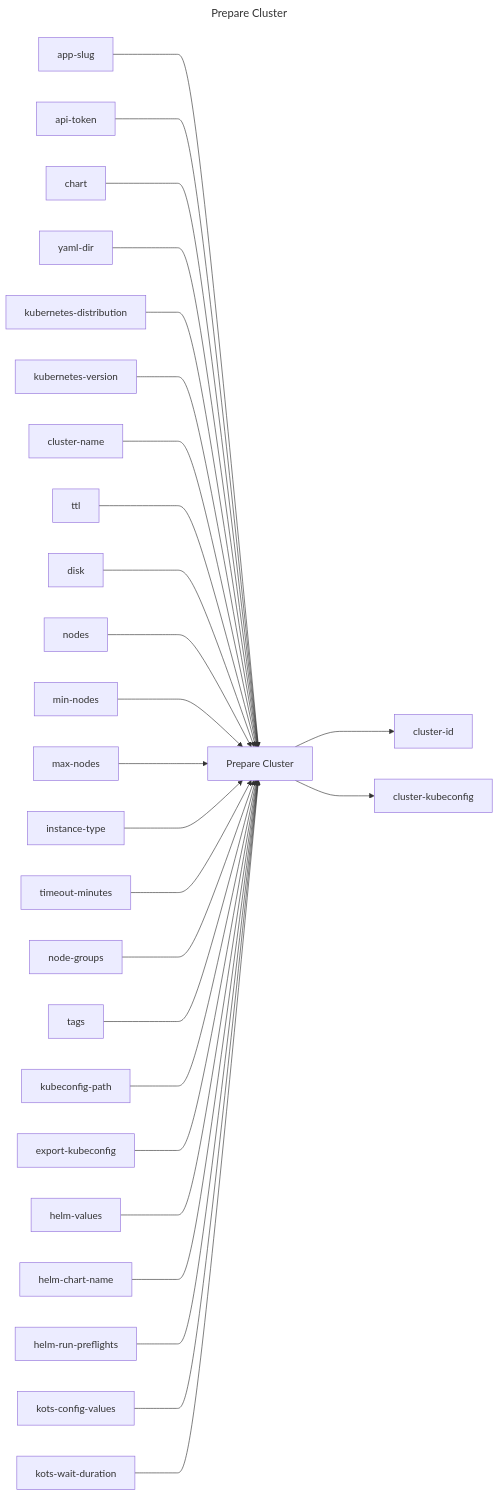
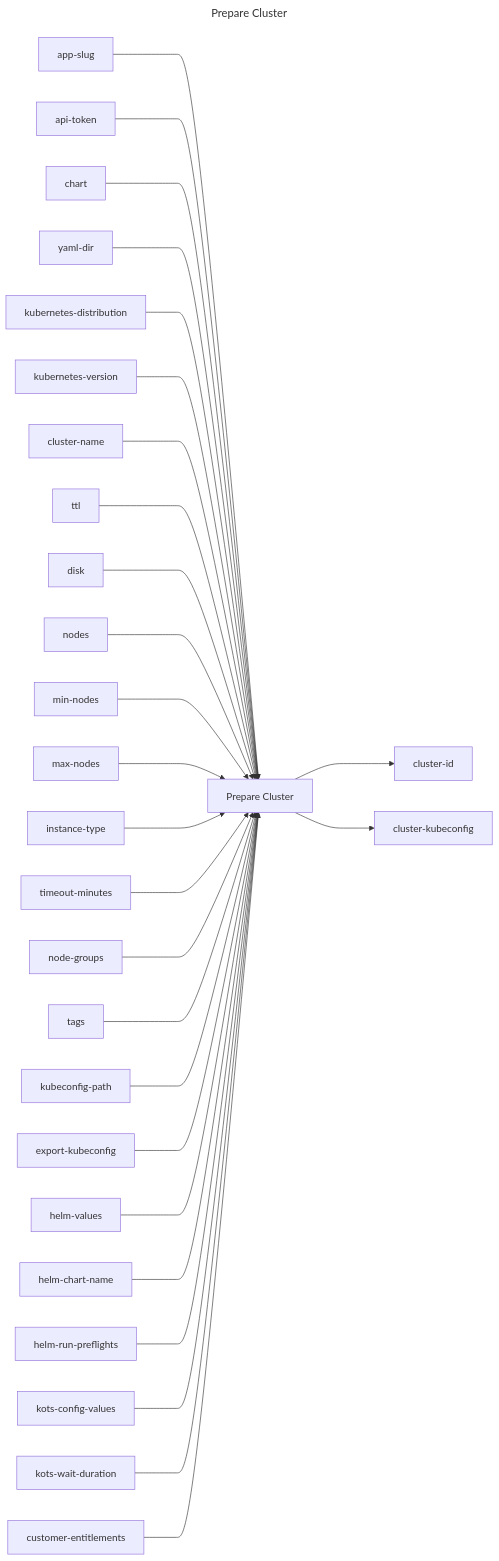
Before and after one commit to replicatedhq/replicated-actions: the diagram in prepare-cluster/README.md, drawn with Mermaid. The commit also changed other lines of this file, not shown here.

Commit message:
Automated commit of npm build result and updated readme files

````diff
--- a/prepare-cluster/README.md
+++ b/prepare-cluster/README.md
@@ -3,57 +3,59 @@
 ```mermaid
 ---
 title: Prepare Cluster
 ---
 graph LR
 prepare_cluster["Prepare Cluster"]
 app_slug["app-slug"]
 api_token["api-token"]
 chart["chart"]
 yaml_dir["yaml-dir"]
 kubernetes_distribution["kubernetes-distribution"]
 kubernetes_version["kubernetes-version"]
 cluster_name["cluster-name"]
 ttl["ttl"]
 disk["disk"]
 nodes["nodes"]
 min_nodes["min-nodes"]
 max_nodes["max-nodes"]
 instance_type["instance-type"]
 timeout_minutes["timeout-minutes"]
 node_groups["node-groups"]
 tags["tags"]
 kubeconfig_path["kubeconfig-path"]
 export_kubeconfig["export-kubeconfig"]
 helm_values["helm-values"]
 helm_chart_name["helm-chart-name"]
 helm_run_preflights["helm-run-preflights"]
 kots_config_values["kots-config-values"]
 kots_wait_duration["kots-wait-duration"]
+customer_entitlements["customer-entitlements"]
 cluster_id["cluster-id"]
 cluster_kubeconfig["cluster-kubeconfig"]
 app_slug ---> prepare_cluster
 api_token ---> prepare_cluster
 chart ---> prepare_cluster
 yaml_dir ---> prepare_cluster
 kubernetes_distribution ---> prepare_cluster
 kubernetes_version ---> prepare_cluster
 cluster_name ---> prepare_cluster
 ttl ---> prepare_cluster
 disk ---> prepare_cluster
 nodes ---> prepare_cluster
 min_nodes ---> prepare_cluster
 max_nodes ---> prepare_cluster
 instance_type ---> prepare_cluster
 timeout_minutes ---> prepare_cluster
 node_groups ---> prepare_cluster
 tags ---> prepare_cluster
 kubeconfig_path ---> prepare_cluster
 export_kubeconfig ---> prepare_cluster
 helm_values ---> prepare_cluster
 helm_chart_name ---> prepare_cluster
 helm_run_preflights ---> prepare_cluster
 kots_config_values ---> prepare_cluster
 kots_wait_duration ---> prepare_cluster
+customer_entitlements ---> prepare_cluster
 prepare_cluster ---> cluster_id
 prepare_cluster ---> cluster_kubeconfig
 ```
````
